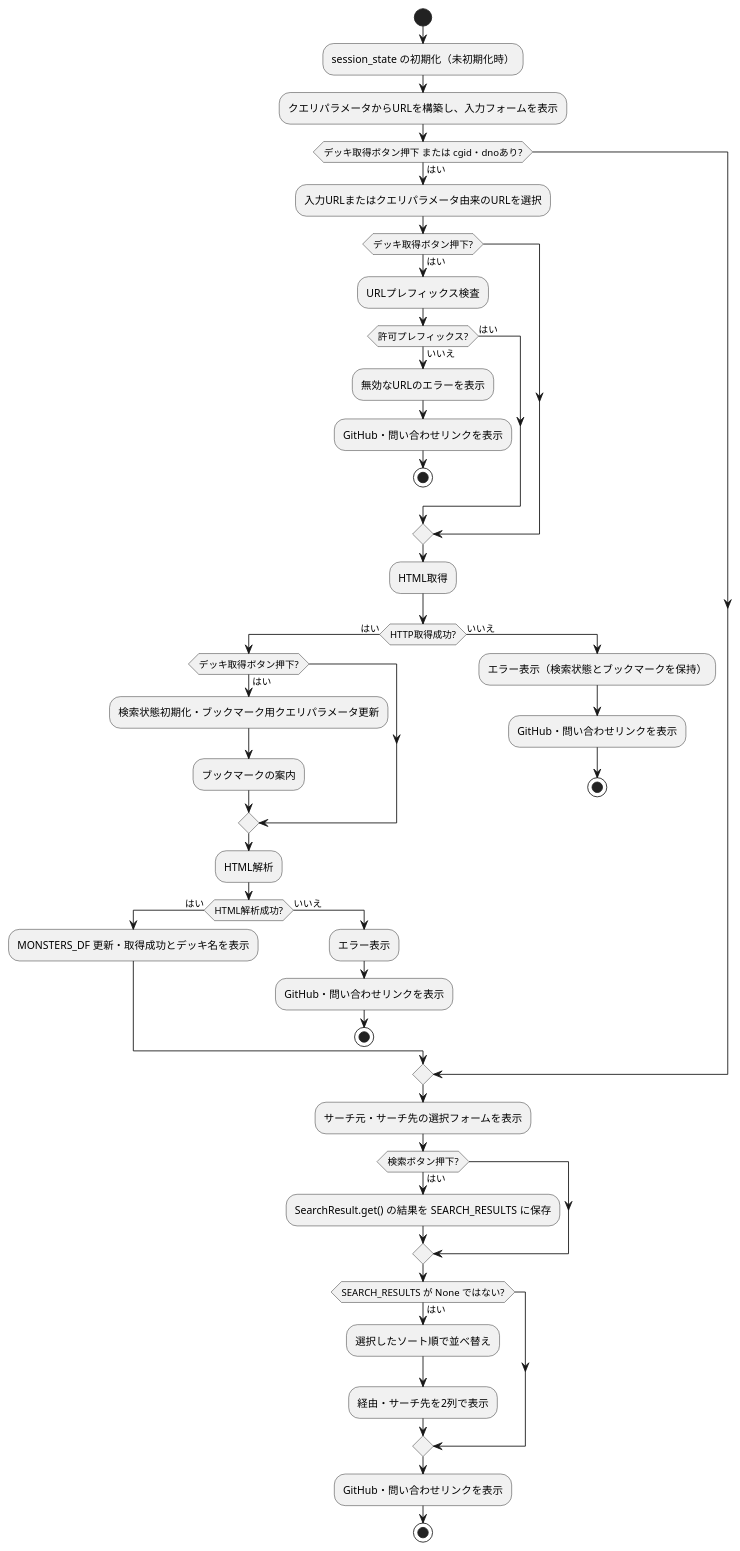
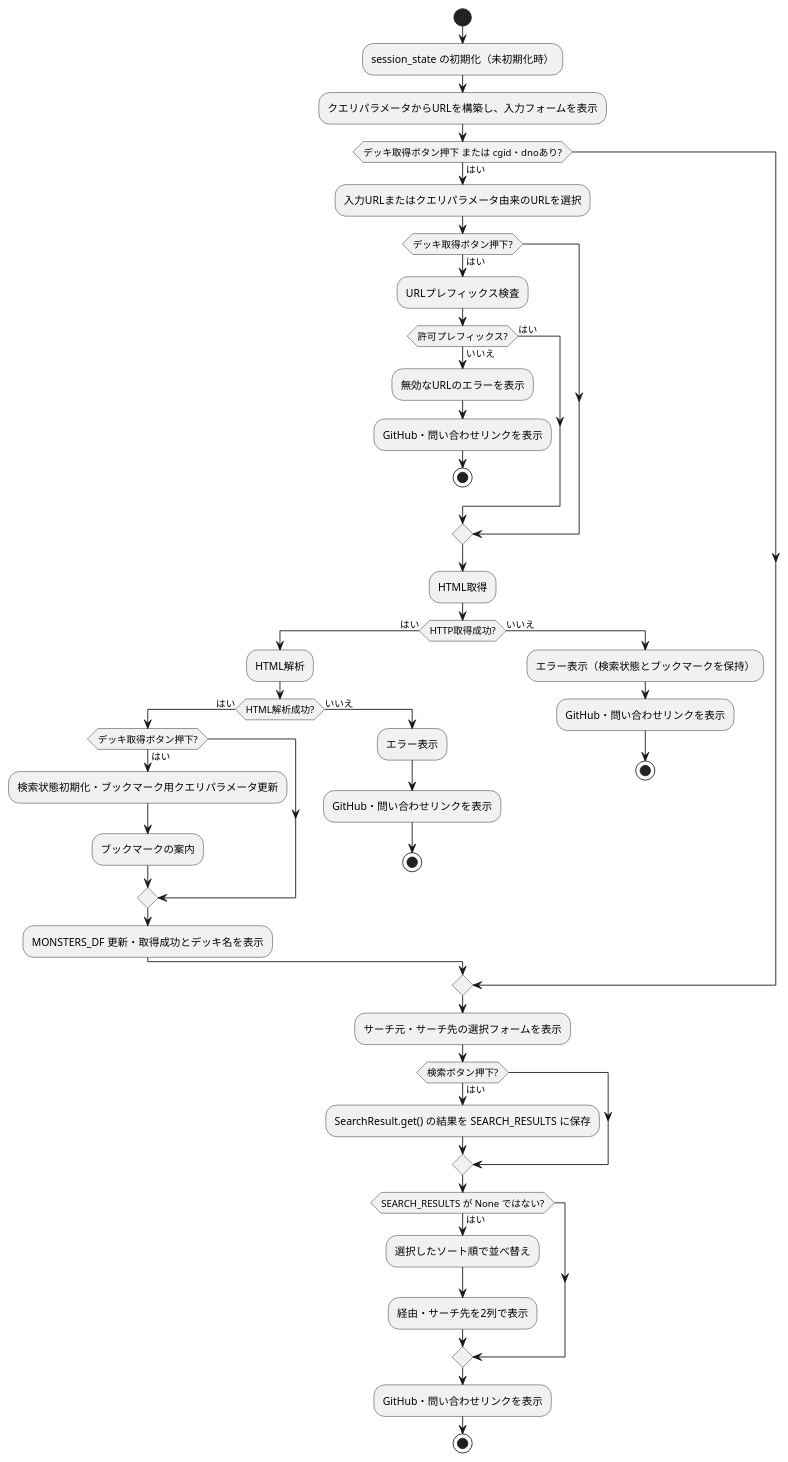
The sixth of 6 diagrams in docs/ygo-small-world-transit.md (ikishichi/ygo-small-world-transit), drawn with PlantUML before and after one commit. The commit also changed other lines of this file, not shown here.

Commit message:
docs: 処理順序の図を実装に合わせて更新

````diff
--- a/docs/ygo-small-world-transit.md
+++ b/docs/ygo-small-world-transit.md
@@ -211,48 +212,48 @@
 ```plantuml
 @startuml
 start
 :session_state の初期化（未初期化時）;
 :クエリパラメータからURLを構築し、入力フォームを表示;
 if (デッキ取得ボタン押下 または cgid・dnoあり?) then (はい)
     :入力URLまたはクエリパラメータ由来のURLを選択;
     if (デッキ取得ボタン押下?) then (はい)
         :URLプレフィックス検査;
         if (許可プレフィックス?) then (はい)
         else (いいえ)
             :無効なURLのエラーを表示;
             :GitHub・問い合わせリンクを表示;
             stop
         endif
     endif
     :HTML取得;
     if (HTTP取得成功?) then (はい)
-        if (デッキ取得ボタン押下?) then (はい)
-            :検索状態初期化・ブックマーク用クエリパラメータ更新;
-            :ブックマークの案内;
-        endif
         :HTML解析;
         if (HTML解析成功?) then (はい)
+            if (デッキ取得ボタン押下?) then (はい)
+                :検索状態初期化・ブックマーク用クエリパラメータ更新;
+                :ブックマークの案内;
+            endif
             :MONSTERS_DF 更新・取得成功とデッキ名を表示;
         else (いいえ)
             :エラー表示;
             :GitHub・問い合わせリンクを表示;
             stop
         endif
     else (いいえ)
         :エラー表示（検索状態とブックマークを保持）;
         :GitHub・問い合わせリンクを表示;
         stop
     endif
 endif
 :サーチ元・サーチ先の選択フォームを表示;
 if (検索ボタン押下?) then (はい)
     :SearchResult.get() の結果を SEARCH_RESULTS に保存;
 endif
 if (SEARCH_RESULTS が None ではない?) then (はい)
     :選択したソート順で並べ替え;
     :経由・サーチ先を2列で表示;
 endif
 :GitHub・問い合わせリンクを表示;
 stop
 @enduml
 ```
````
